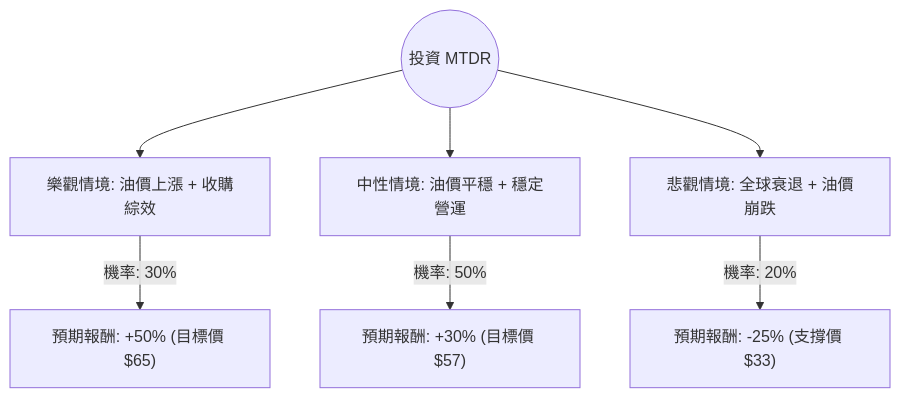
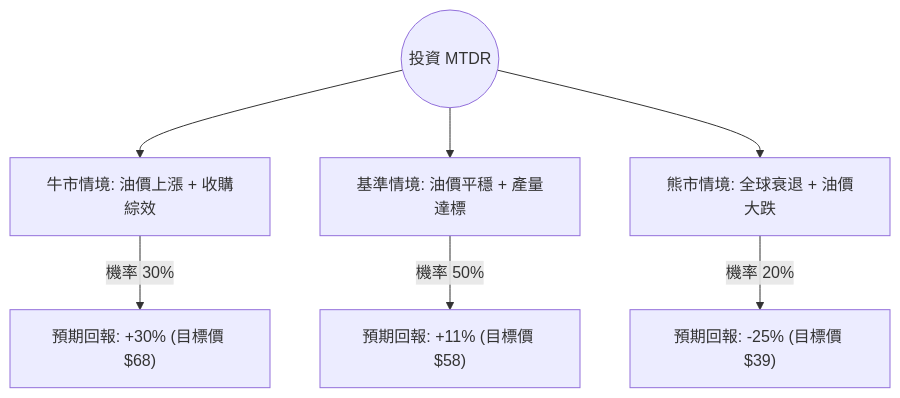
Before and after one commit to zmcx16/zmcx16.github.io: the diagram in plugin-react/ai-analysis/ev-analysis/MTDR.md, drawn with Mermaid. The commit also changed other lines of this file and 76 other files, not shown here.

````diff
--- a/plugin-react/ai-analysis/ev-analysis/MTDR.md
+++ b/plugin-react/ai-analysis/ev-analysis/MTDR.md
@@ -20,10 +22,10 @@
 ```mermaid
 graph TD
-    Start((投資 MTDR)) --> Bull[樂觀情境: 油價上漲 + 收購綜效]
-    Start --> Base[中性情境: 油價平穩 + 穩定營運]
-    Start --> Bear[悲觀情境: 全球衰退 + 油價崩跌]
+    Start((投資 MTDR)) --> Bull[牛市情境: 油價上漲 + 收購綜效]
+    Start --> Base[基準情境: 油價平穩 + 產量達標]
+    Start --> Bear[熊市情境: 全球衰退 + 油價大跌]
 
-    Bull -- "機率: 30%" --> BullVal["預期報酬: +50% (目標價 $65)"]
-    Base -- "機率: 50%" --> BaseVal["預期報酬: +30% (目標價 $57)"]
-    Bear -- "機率: 20%" --> BearVal["預期報酬: -25% (支撐價 $33)"]
+    Bull -- "機率 30%" --> BullVal["預期回報: +30% (目標價 $68)"]
+    Base -- "機率 50%" --> BaseVal["預期回報: +11% (目標價 $58)"]
+    Bear -- "機率 20%" --> BearVal["預期回報: -25% (目標價 $39)"]
 ```
````
